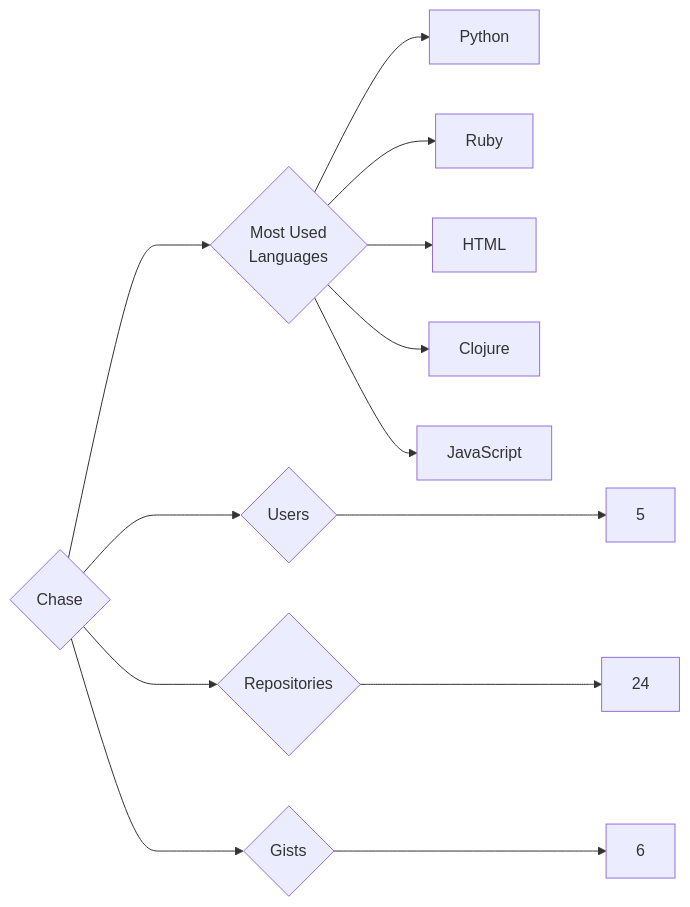
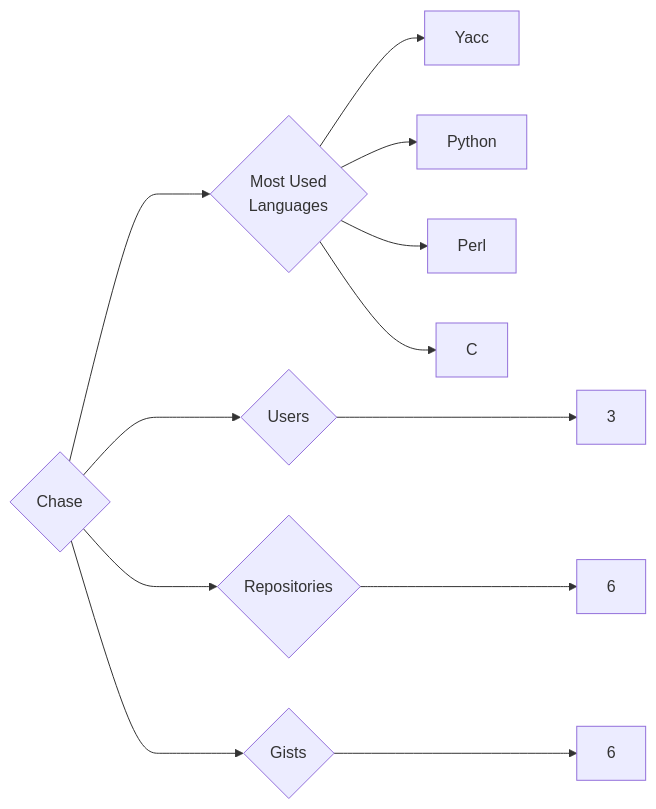
Before and after one commit to trickest/insiders: the diagram in targets/Chase/README.md, drawn with Mermaid. The commit also changed 1212 other files, not shown here.

````diff
--- a/targets/Chase/README.md
+++ b/targets/Chase/README.md
@@ -3,13 +3,12 @@
 ```mermaid
 graph LR
 COMPANY_NAME{Chase}
-COMPANY_NAME ---> U{Users} ---> UN[5]
-COMPANY_NAME ---> R{Repositories} ---> RN[24]
+COMPANY_NAME ---> U{Users} ---> UN[3]
+COMPANY_NAME ---> R{Repositories} ---> RN[6]
 COMPANY_NAME ---> G{Gists} ---> GN[6]
 COMPANY_NAME ---> ML{Most Used<br>Languages}
+ML --> Yacc[Yacc]
 ML --> Python[Python]
-ML --> Ruby[Ruby]
-ML --> HTML[HTML]
-ML --> Clojure[Clojure]
-ML --> JavaScript[JavaScript]
+ML --> Perl[Perl]
+ML --> C[C]
 ```
````
